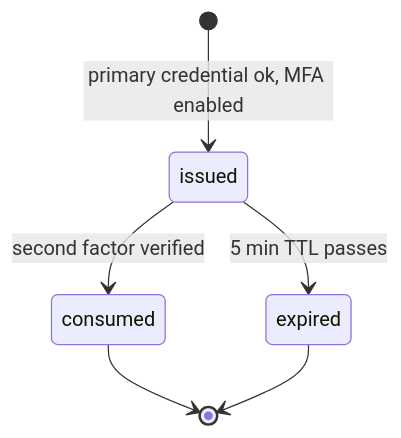
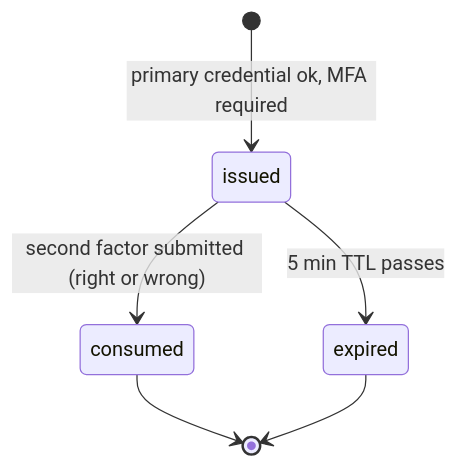
Before and after one commit to albetrios/clinozy-be: the diagram in src/domains/auth/sub-domains/auth-mfa-session/auth-mfa-session.overview.md, drawn with Mermaid. The commit also changed other lines of this file and 15 other files, not shown here.

````diff
--- a/src/domains/auth/sub-domains/auth-mfa-session/auth-mfa-session.overview.md
+++ b/src/domains/auth/sub-domains/auth-mfa-session/auth-mfa-session.overview.md
@@ -19,8 +20,8 @@
 ```mermaid
 stateDiagram-v2
-  [*] --> issued: primary credential ok, MFA enabled
-  issued --> consumed: second factor verified
+  [*] --> issued: primary credential ok, MFA required
+  issued --> consumed: second factor submitted (right or wrong)
   issued --> expired: 5 min TTL passes
   consumed --> [*]
   expired --> [*]
 ```
````
